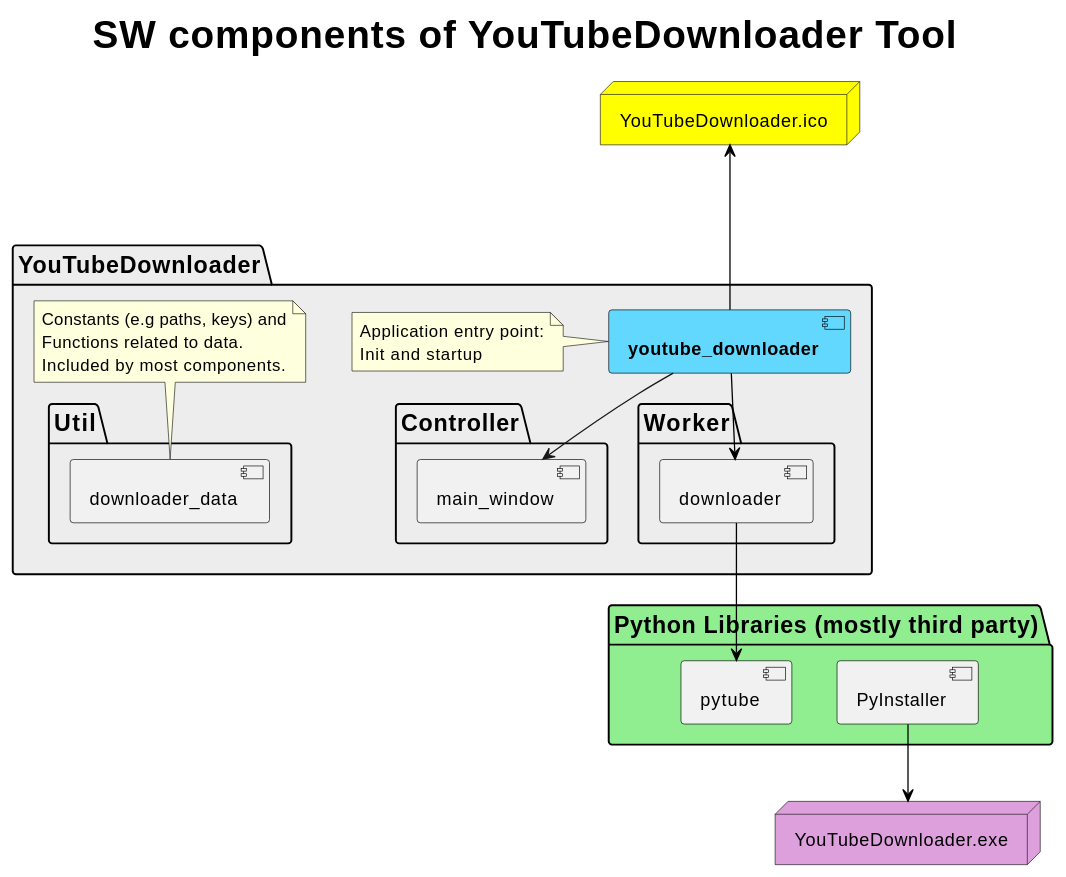
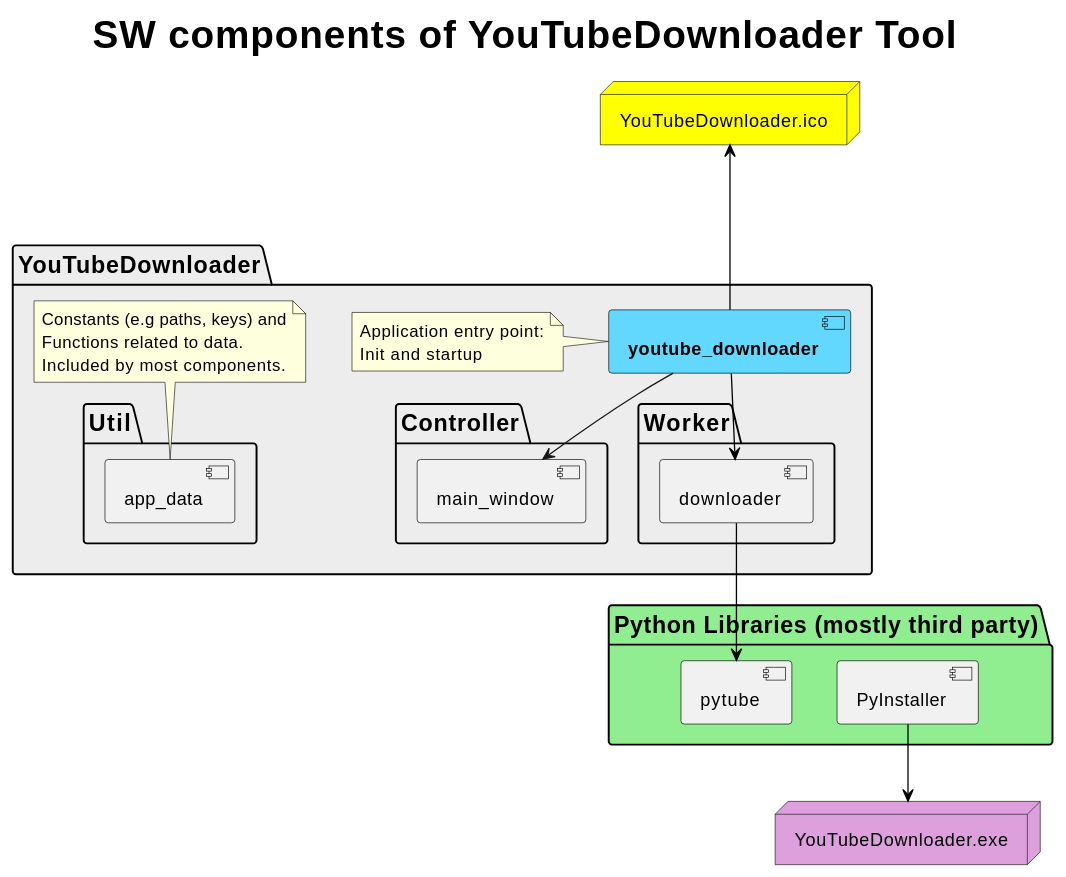
The diagram in CONTRIBUTING.md (timounger/YouTubeDownloader), drawn with PlantUML before and after one commit. The commit also changed other lines of this file and 47 other files, not shown here.

```diff
--- a/CONTRIBUTING.md
+++ b/CONTRIBUTING.md
@@ -9,50 +9,50 @@
 @startuml cdYouTubeDownloaderSWComponents
 skinparam titleFontSize 30
 skinparam titleFontStyle bold
 skinparam packageBorderColor black
 skinparam packageFontSize 18
 skinparam groupFontStyle bold
 skinparam componentBorderColor black
 skinparam interfaceBorderColor black
 skinparam CollectionsBorderColor black
 
 title SW components of YouTubeDownloader Tool
 
 node "YouTubeDownloader.ico" as icon #yellow
 
 package "YouTubeDownloader" as YtDl #ededed {
   component "**youtube_downloader**" as youtube_downloader #63d8ff
   note left of youtube_downloader
     Application entry point:
     Init and startup
   end note
   package "Controller" as controller {
     [main_window]
   }
   package "Util" as util {
-    [downloader_data] as data
+    [app_data] as data
   }
   note top of data
     Constants (e.g paths, keys) and
     Functions related to data.
     Included by most components.
   end note
   package "Worker" {
     [downloader]
   }
   [youtube_downloader] -d-> [main_window]
   [youtube_downloader] -[#black]u--> icon
 }
 
 node "YouTubeDownloader.exe" #plum
 
 package "Python Libraries (mostly third party)" #lightgreen {
  [PyInstaller]
  [pytube]
 }
 
 [youtube_downloader] -[#black]-> [downloader]
 [downloader] -[#black]-> [pytube]
 [PyInstaller] -[#black]d-> YouTubeDownloader.exe
 
 @enduml
```
